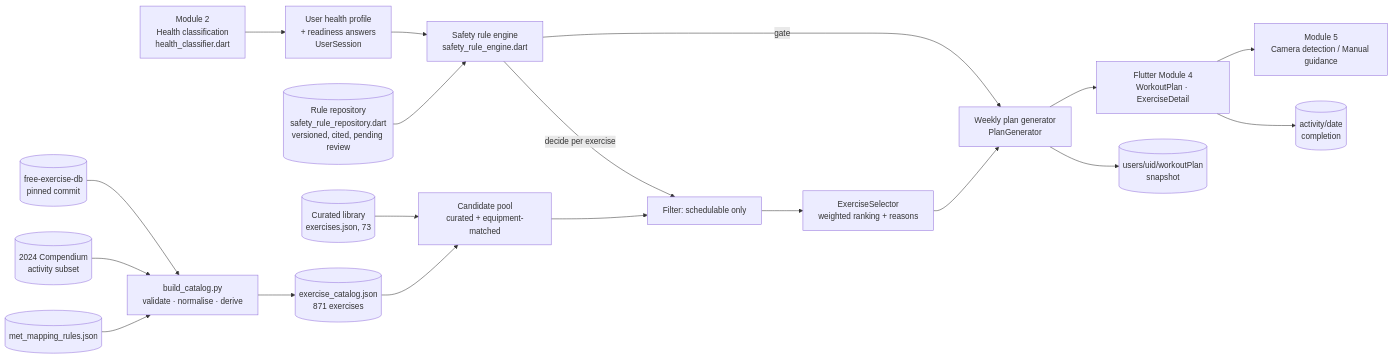
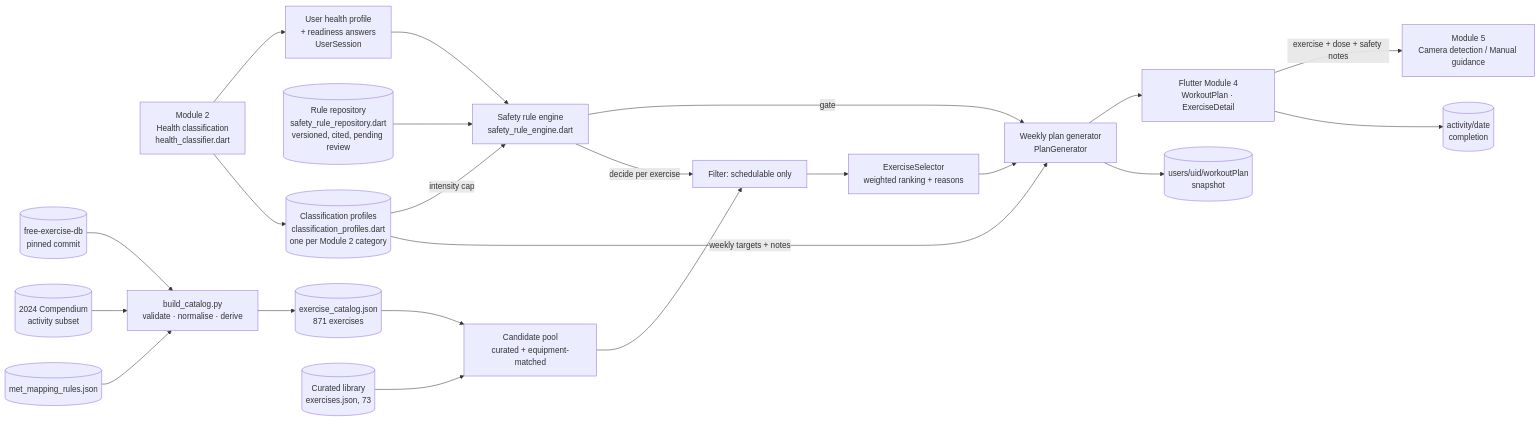
The diagram in app/docs/MODULE4_WORKOUT_KNOWLEDGE_BASE.md (laibaAttique/Baymax-implementation), drawn with Mermaid before and after one commit. The commit also changed other lines of this file and 22 other files, not shown here.

First line of the commit message:
Module 4: training profiles from the Module 2 classification

````diff
--- a/app/docs/MODULE4_WORKOUT_KNOWLEDGE_BASE.md
+++ b/app/docs/MODULE4_WORKOUT_KNOWLEDGE_BASE.md
@@ -9,20 +9,23 @@
 ```mermaid
 flowchart LR
   M2[Module 2<br/>Health classification<br/>health_classifier.dart] --> HP[User health profile<br/>+ readiness answers<br/>UserSession]
   HP --> RE[Safety rule engine<br/>safety_rule_engine.dart]
   RR[(Rule repository<br/>safety_rule_repository.dart<br/>versioned, cited, pending review)] --> RE
+  CP[(Classification profiles<br/>classification_profiles.dart<br/>one per Module 2 category)] -->|intensity cap| RE
+  M2 --> CP
+  CP -->|weekly targets + notes| GEN
   FEDB[(free-exercise-db<br/>pinned commit)] --> BUILD[build_catalog.py<br/>validate · normalise · derive]
   COMP[(2024 Compendium<br/>activity subset)] --> BUILD
   MAP[(met_mapping_rules.json)] --> BUILD
   BUILD --> CAT[(exercise_catalog.json<br/>871 exercises)]
   CUR[(Curated library<br/>exercises.json, 73)] --> POOL
   CAT --> POOL[Candidate pool<br/>curated + equipment-matched]
   RE -->|gate| GEN
   RE -->|decide per exercise| FILT[Filter: schedulable only]
   POOL --> FILT --> RANK[ExerciseSelector<br/>weighted ranking + reasons]
   RANK --> GEN[Weekly plan generator<br/>PlanGenerator]
   GEN --> UI[Flutter Module 4<br/>WorkoutPlan · ExerciseDetail]
   GEN --> SNAP[(users/uid/workoutPlan<br/>snapshot)]
-  UI --> M5[Module 5<br/>Camera detection / Manual guidance]
+  UI -->|exercise + dose + safety notes| M5[Module 5<br/>Camera detection / Manual guidance]
   UI --> ACT[(activity/date<br/>completion)]
 ```
````
